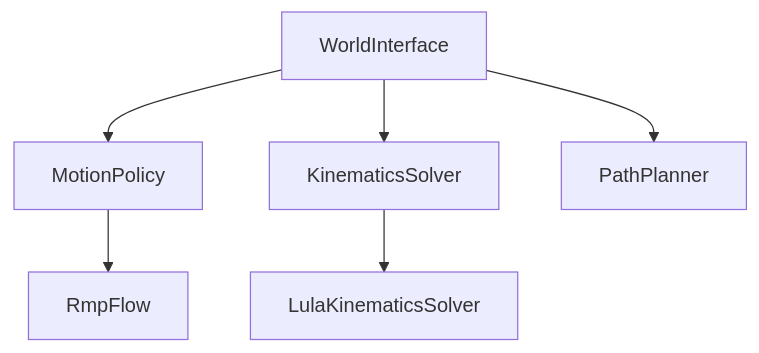
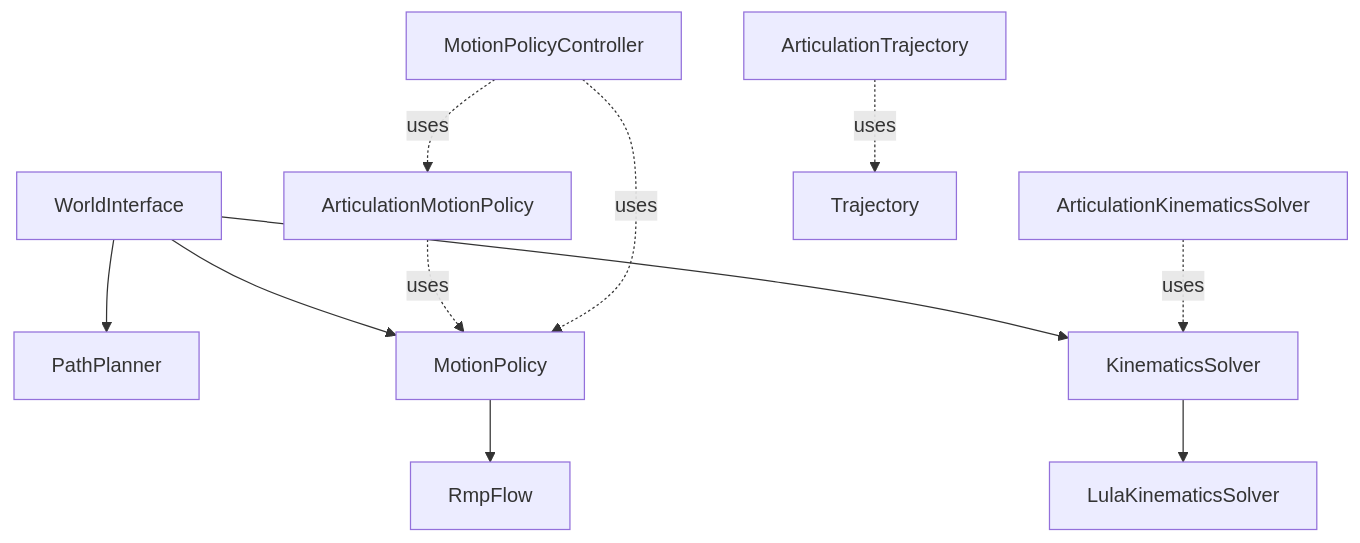
Before and after one commit to stevenf7/IsaacSim: the diagram in source/deprecated/isaacsim.robot_motion.motion_generation/docs/Overview.md, drawn with Mermaid. The commit also changed other lines of this file and 326 other files, not shown here.

````diff
--- a/source/deprecated/isaacsim.robot_motion.motion_generation/docs/Overview.md
+++ b/source/deprecated/isaacsim.robot_motion.motion_generation/docs/Overview.md
@@ -11,9 +13,16 @@
 ```{mermaid}
 graph TD
     %% Inheritance relationships
+    WorldInterface --> PathPlanner
     WorldInterface --> MotionPolicy
     WorldInterface --> KinematicsSolver
-    WorldInterface --> PathPlanner
+    KinematicsSolver --> LulaKinematicsSolver
     MotionPolicy --> RmpFlow
-    KinematicsSolver --> LulaKinematicsSolver
+
+    %% Composition relationships (uses)
+    ArticulationMotionPolicy -.->|uses| MotionPolicy
+    ArticulationKinematicsSolver -.->|uses| KinematicsSolver
+    ArticulationTrajectory -.->|uses| Trajectory
+    MotionPolicyController -.->|uses| ArticulationMotionPolicy
+    MotionPolicyController -.->|uses| MotionPolicy
 ```
````
